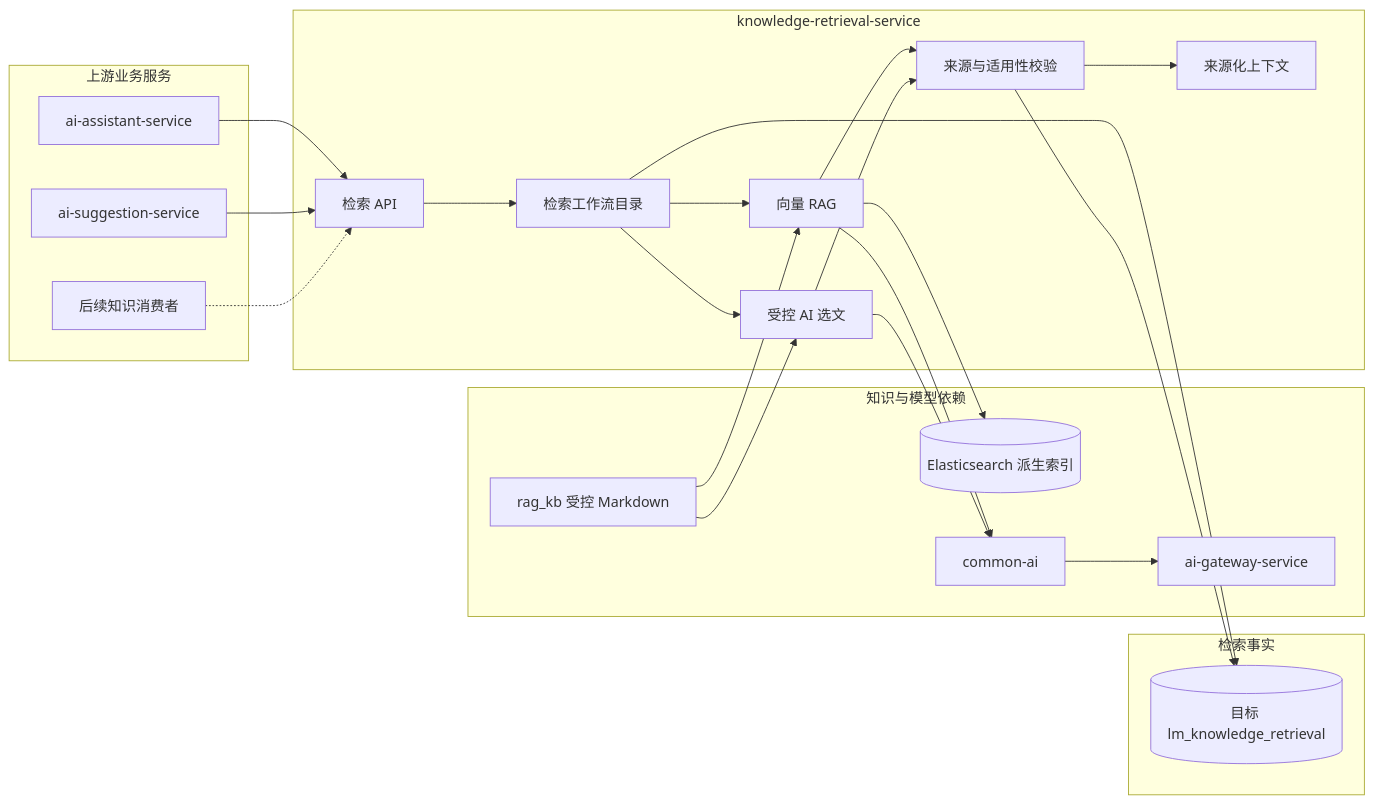
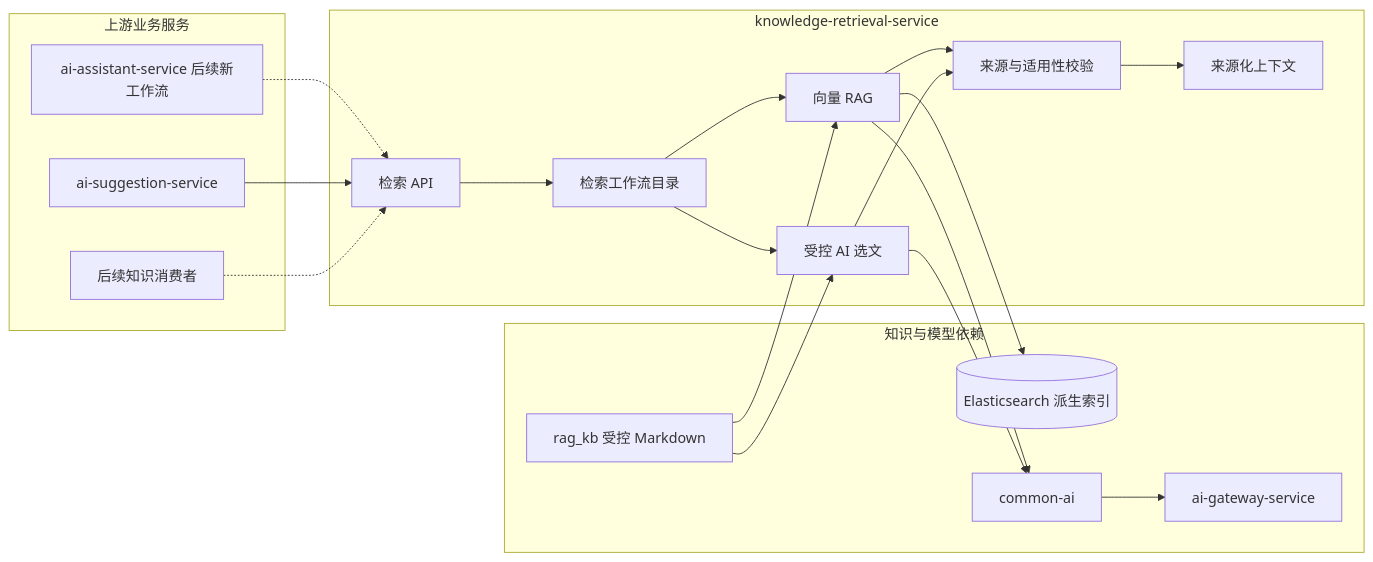
One commit to Dorian7Alden/LeetModel changed the diagram in docs/project/03-微服务设计/knowledge-retrieval-service/README.md. Above: the diagram before and after it, drawn with Mermaid. The commit also changed other lines of this file and 21 other files, not shown here.

````diff
--- a/docs/project/03-微服务设计/knowledge-retrieval-service/README.md
+++ b/docs/project/03-微服务设计/knowledge-retrieval-service/README.md
@@ -9,47 +9,41 @@
 ```mermaid
 flowchart LR
     subgraph callers[上游业务服务]
-        ASSISTANT[ai-assistant-service]
+        ASSISTANT[ai-assistant-service 后续新工作流]
         SUGGESTION[ai-suggestion-service]
         FUTURE[后续知识消费者]
     end
 
     subgraph retrieval[knowledge-retrieval-service]
         API[检索 API]
         VERSION[检索工作流目录]
         VECTOR[向量 RAG]
         NAVIGATION[受控 AI 选文]
         VALIDATE[来源与适用性校验]
         RESULT[来源化上下文]
 
         API --> VERSION
         VERSION --> VECTOR
         VERSION --> NAVIGATION
         VECTOR --> VALIDATE
         NAVIGATION --> VALIDATE
         VALIDATE --> RESULT
     end
 
     subgraph sources[知识与模型依赖]
         KB[rag_kb 受控 Markdown]
         ES[(Elasticsearch 派生索引)]
         COMMON[common-ai]
         GATEWAY[ai-gateway-service]
     end
 
-    subgraph data[检索事实]
-        DB[(目标 lm_knowledge_retrieval)]
-    end
-
-    ASSISTANT --> API
+    ASSISTANT -.-> API
     SUGGESTION --> API
     FUTURE -.-> API
     KB --> VECTOR
     KB --> NAVIGATION
     VECTOR --> ES
     VECTOR --> COMMON
     NAVIGATION --> COMMON
     COMMON --> GATEWAY
-    VERSION --> DB
-    VALIDATE --> DB
 ```
````
